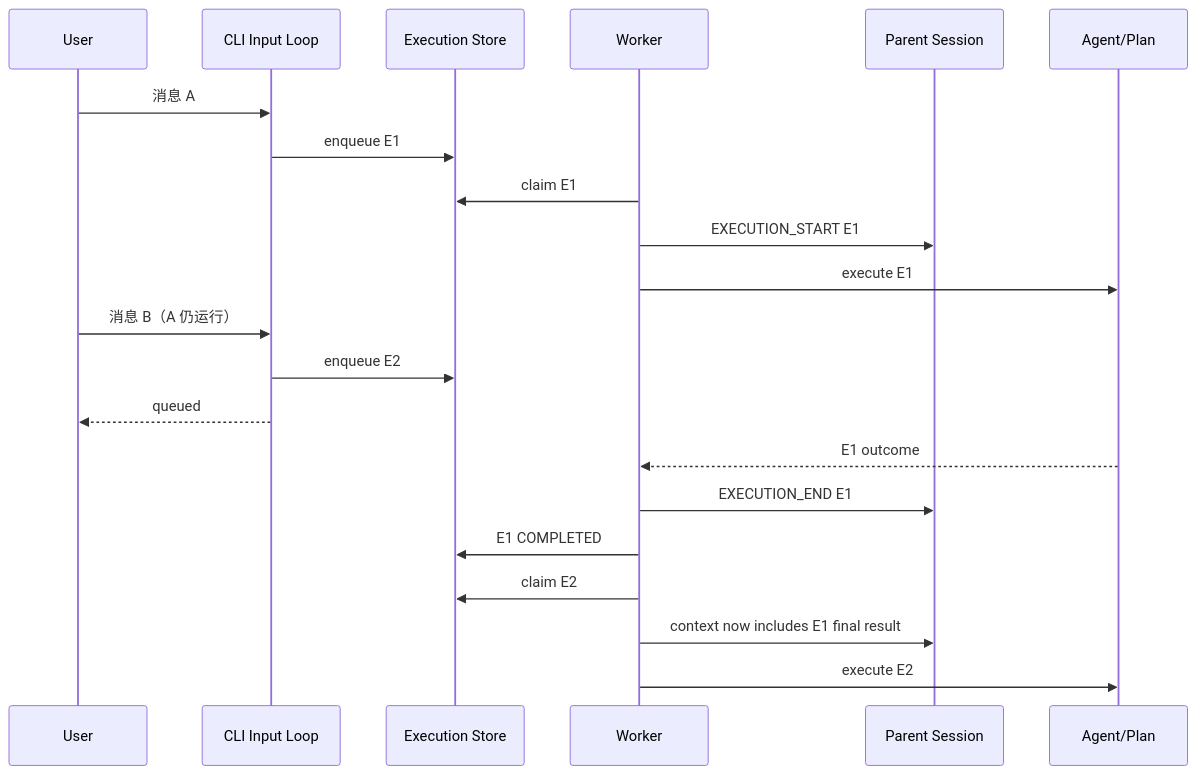
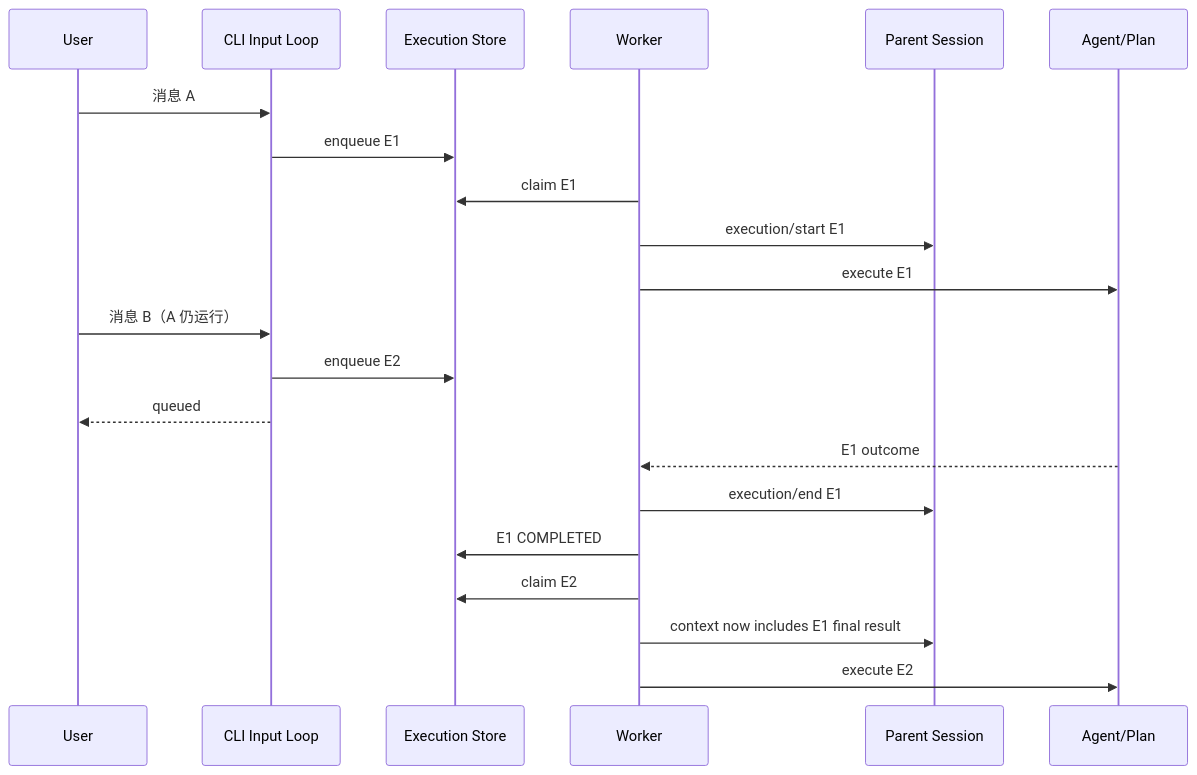
One commit to zgjdev/Code-Agent changed the third of 4 diagrams in docs/dev/31-unified-background-execution-runtime.md. Above: the diagram before and after it, drawn with Mermaid. The commit also changed other lines of this file, not shown here.

```diff
--- a/docs/dev/31-unified-background-execution-runtime.md
+++ b/docs/dev/31-unified-background-execution-runtime.md
@@ -821,27 +935,27 @@
 ~~~mermaid
 sequenceDiagram
     participant U as User
     participant CLI as CLI Input Loop
     participant DB as Execution Store
     participant W as Worker
     participant S as Parent Session
     participant A as Agent/Plan
 
     U->>CLI: 消息 A
     CLI->>DB: enqueue E1
     W->>DB: claim E1
-    W->>S: EXECUTION_START E1
+    W->>S: execution/start E1
     W->>A: execute E1
 
     U->>CLI: 消息 B（A 仍运行）
     CLI->>DB: enqueue E2
     CLI-->>U: queued #2
 
     A-->>W: E1 outcome
-    W->>S: EXECUTION_END E1
+    W->>S: execution/end E1
     W->>DB: E1 COMPLETED
 
     W->>DB: claim E2
     W->>S: context now includes E1 final result
     W->>A: execute E2
 ~~~
```
